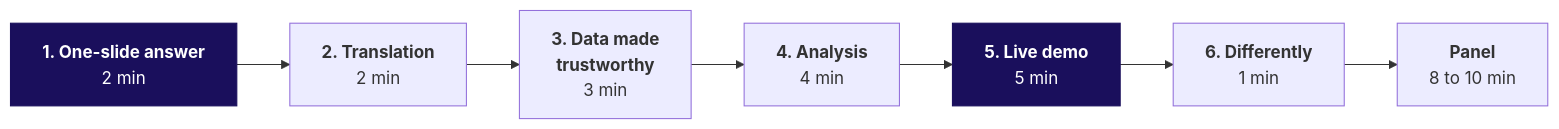
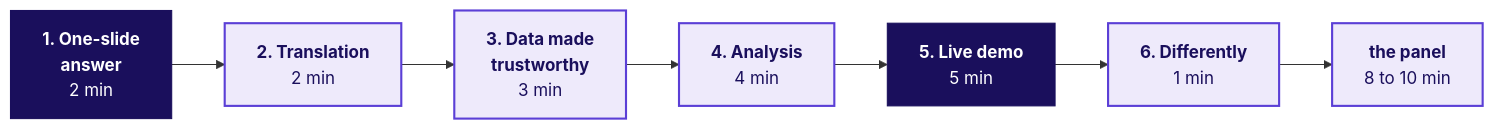
Before and after one commit to fde-academy-lab/c2-content-factory: the third of 15 diagrams in content/W03/SAT/slides/C2_W03_SAT_presentation_format_STUDENT.md, drawn with Mermaid. The commit also changed other lines of this file and 2 other files, not shown here.

````diff
--- a/content/W03/SAT/slides/C2_W03_SAT_presentation_format_STUDENT.md
+++ b/content/W03/SAT/slides/C2_W03_SAT_presentation_format_STUDENT.md
@@ -71,6 +134,8 @@
 ```mermaid
 flowchart LR
-    A["<b>1. One-slide answer</b><br/>2 min"] --> B["<b>2. Translation</b><br/>2 min"] --> C["<b>3. Data made<br/>trustworthy</b><br/>3 min"] --> D["<b>4. Analysis</b><br/>4 min"] --> E["<b>5. Live demo</b><br/>5 min"] --> F["<b>6. Differently</b><br/>1 min"] --> G["<b>Panel</b><br/>8 to 10 min"]
-    classDef core fill:#1A0F5C,stroke:#1A0F5C,color:#FFFFFF
-    class A,E core
+    A["<b>1. One-slide<br/>answer</b><br/>2 min"] --> B["<b>2. Translation</b><br/>2 min"] --> C["<b>3. Data made<br/>trustworthy</b><br/>3 min"] --> D["<b>4. Analysis</b><br/>4 min"] --> E["<b>5. Live demo</b><br/>5 min"] --> F["<b>6. Differently</b><br/>1 min"] --> G["<b>the panel</b><br/>8 to 10 min"]
+    classDef known fill:#EEEAFB,stroke:#5B3FD6,color:#1A0F5C,stroke-width:2px
+    classDef bet fill:#1A0F5C,stroke:#1A0F5C,color:#FFFFFF
+    class B,C,D,F,G known
+    class A,E bet
 ```
````
